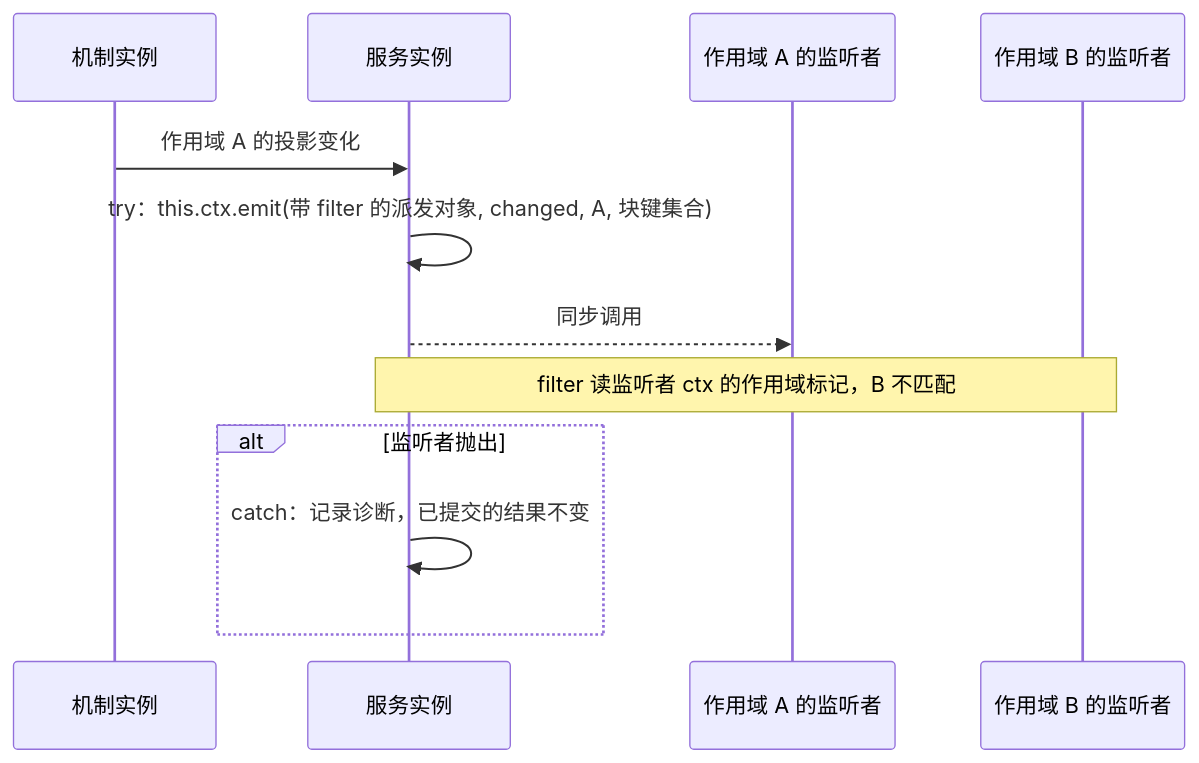
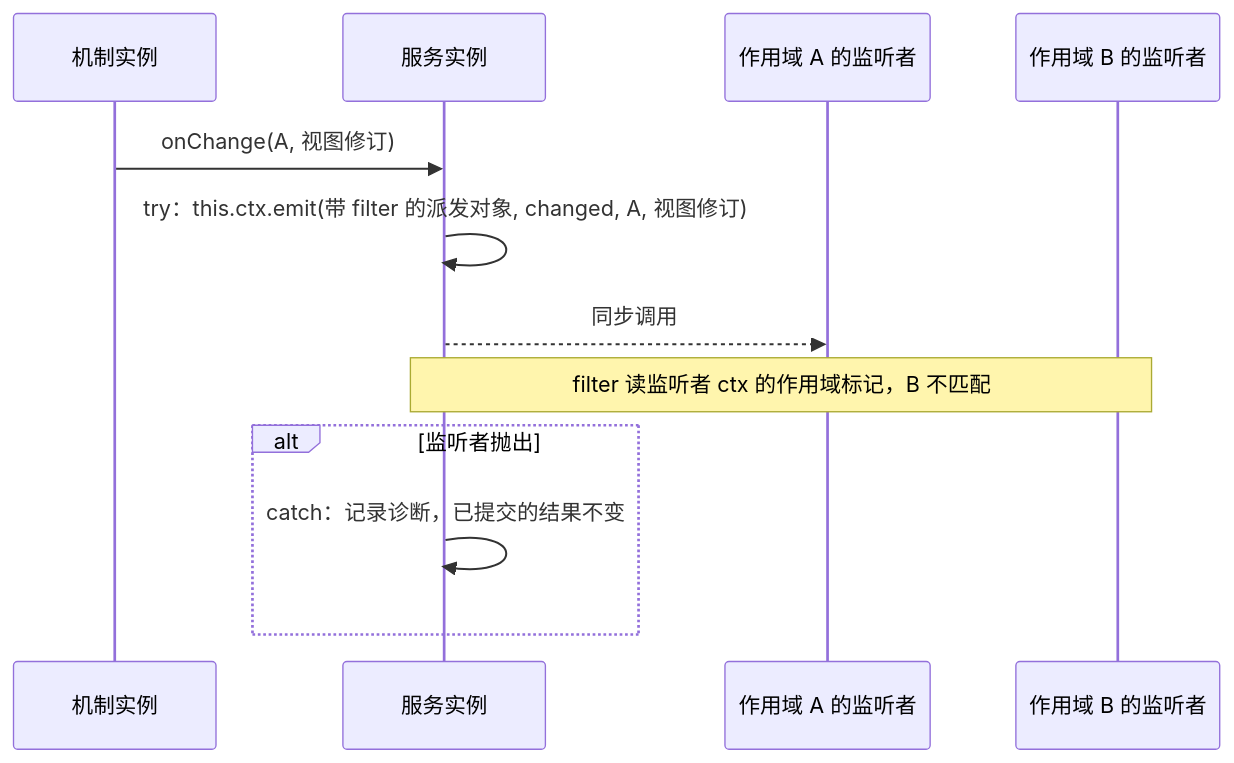
One commit to nemori-ai/omne-harness-lite changed the third of 3 diagrams in packages/context/runtime-context-cordis/docs/flows.md. Above: the diagram before and after it, drawn with Mermaid. The commit also changed other lines of this file and 68 other files, not shown here.

````diff
--- a/packages/context/runtime-context-cordis/docs/flows.md
+++ b/packages/context/runtime-context-cordis/docs/flows.md
@@ -79,14 +85,14 @@
 ```mermaid
 sequenceDiagram
   participant M as 机制实例
   participant S as 服务实例
   participant LA as 作用域 A 的监听者
   participant LB as 作用域 B 的监听者
-  M->>S: 作用域 A 的投影变化
-  S->>S: try：this.ctx.emit(带 filter 的派发对象, changed, A, 块键集合)
+  M->>S: onChange(A, 视图修订)
+  S->>S: try：this.ctx.emit(带 filter 的派发对象, changed, A, 视图修订)
   S-->>LA: 同步调用
   Note over S,LB: filter 读监听者 ctx 的作用域标记，B 不匹配
   alt 监听者抛出
     S->>S: catch：记录诊断，已提交的结果不变
   end
 ```
````
